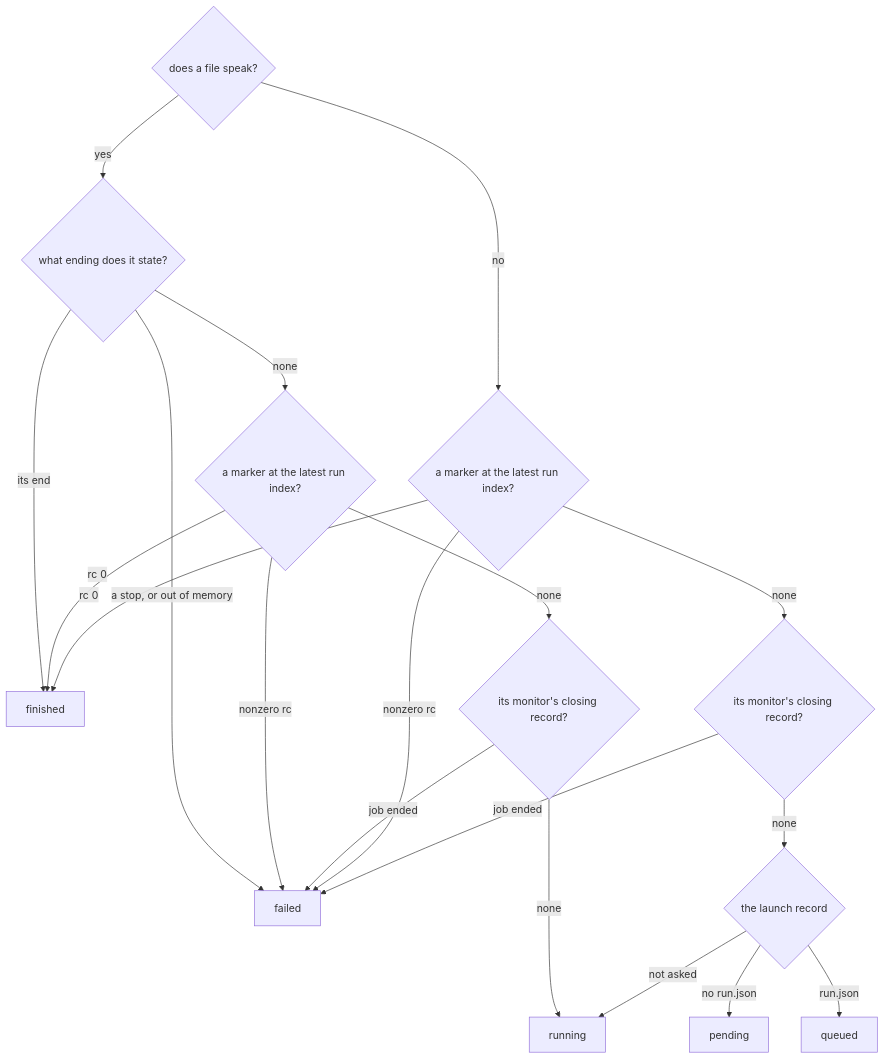
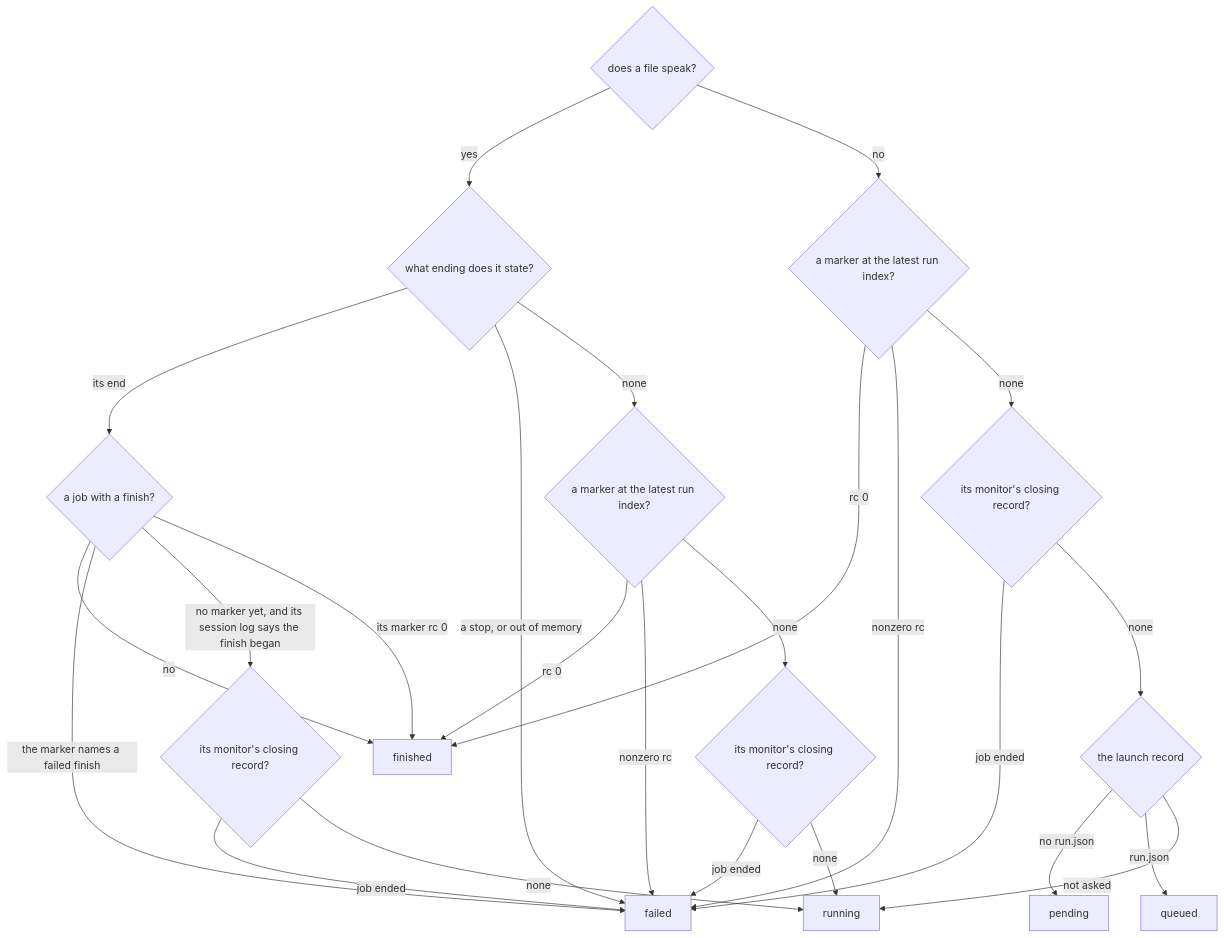
One commit to Qing-LAB/molbuilder changed the third of 6 diagrams in docs/execution/running-a-job.md. Above: the diagram before and after it, drawn with Mermaid. The commit also changed other lines of this file and 28 other files, not shown here.

````diff
--- a/docs/execution/running-a-job.md
+++ b/docs/execution/running-a-job.md
@@ -617,21 +622,27 @@
 ```mermaid
 flowchart TD
     S{"does a file speak?"} -->|"yes"| E{"what ending does it state?"}
-    E -->|"its end"| FIN["finished"]
-    E -->|"a stop, or out of memory"| FAIL["failed"]
+    E -->|"its end"| J{"a job with a finish?"}
+    J -->|"no"| FIN["finished"]
+    J -->|"the marker names a failed finish"| FAIL["failed"]
+    J -->|"no marker yet, and its session log says the finish began"| G0{"its monitor's closing record?"}
+    G0 -->|"job ended"| FAIL
+    G0 -->|"none"| RUN["running"]
+    J -->|"its marker rc 0"| FIN
+    E -->|"a stop, or out of memory"| FAIL
     E -->|"none"| M1{"a marker at the latest run index?"}
     M1 -->|"rc 0"| FIN
     M1 -->|"nonzero rc"| FAIL
     M1 -->|"none"| G1{"its monitor's closing record?"}
     G1 -->|"job ended"| FAIL
     G1 -->|"none"| RUN["running"]
     S -->|"no"| M2{"a marker at the latest run index?"}
     M2 -->|"rc 0"| FIN
     M2 -->|"nonzero rc"| FAIL
     M2 -->|"none"| G2{"its monitor's closing record?"}
     G2 -->|"job ended"| FAIL
     G2 -->|"none"| L{"the launch record"}
     L -->|"no run.json"| PEN["pending"]
     L -->|"run.json"| Q["queued"]
     L -->|"not asked"| RUN
 ```
````
